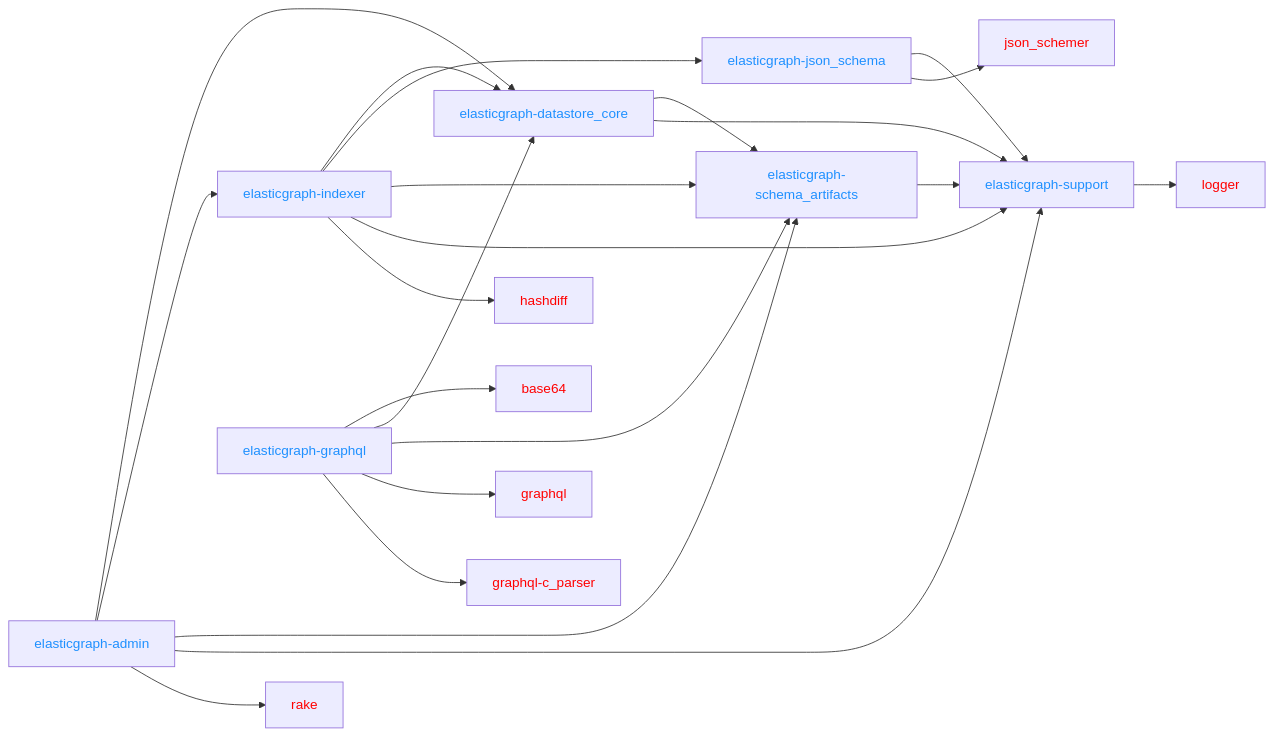
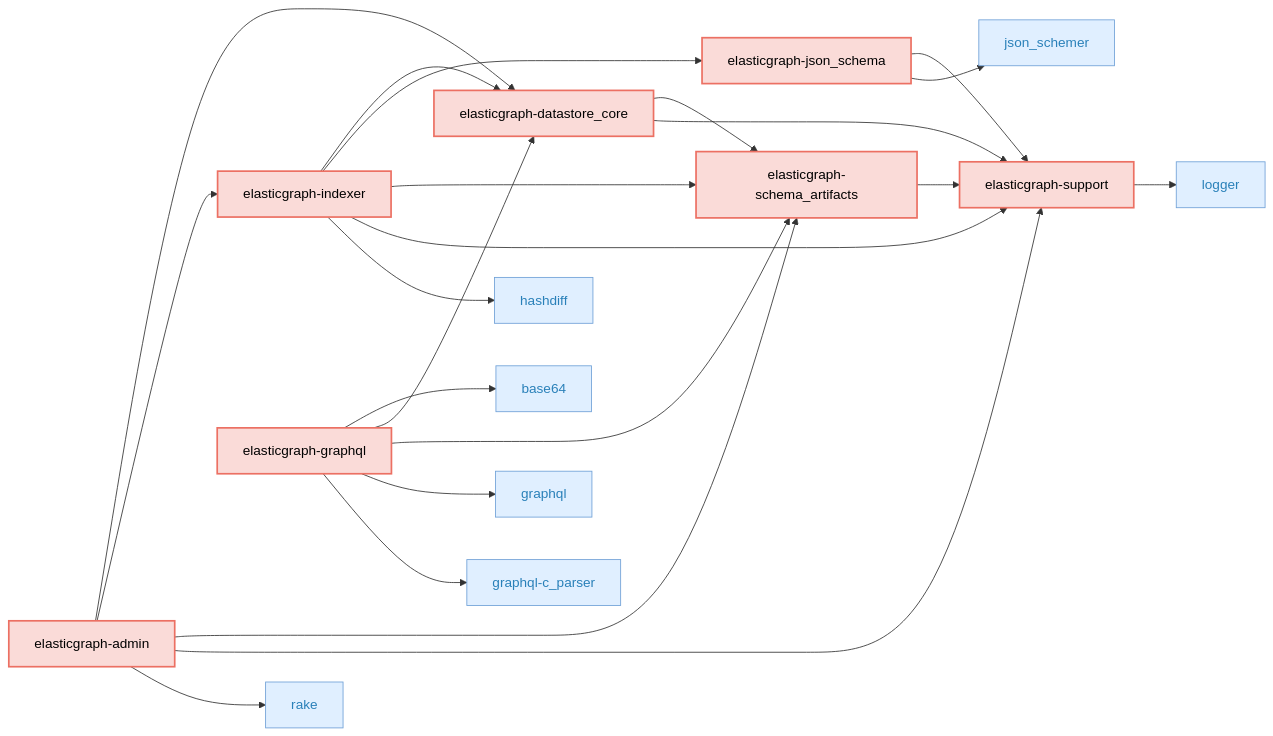
Before and after one commit to ciaran51/elasticgraph: the first of 5 diagrams in CODEBASE_OVERVIEW.md, drawn with Mermaid. The commit also changed other lines of this file and 48 other files, not shown here.

First line of the commit message:
Maintain a dependency diagram on each gem README. (#620)

````diff
--- a/CODEBASE_OVERVIEW.md
+++ b/CODEBASE_OVERVIEW.md
@@ -21,31 +21,62 @@
 ```mermaid
 graph LR;
-    elasticgraph-admin --> elasticgraph-datastore_core & elasticgraph-indexer & elasticgraph-schema_artifacts & elasticgraph-support & rake
-    elasticgraph-datastore_core --> elasticgraph-schema_artifacts & elasticgraph-support
-    elasticgraph-graphql --> base64 & elasticgraph-datastore_core & elasticgraph-schema_artifacts & graphql & graphql-c_parser
-    elasticgraph-indexer --> elasticgraph-datastore_core & elasticgraph-json_schema & elasticgraph-schema_artifacts & elasticgraph-support & hashdiff
-    elasticgraph-json_schema --> elasticgraph-support & json_schemer
-    elasticgraph-schema_artifacts --> elasticgraph-support
-    elasticgraph-support --> logger
-    style elasticgraph-admin color: DodgerBlue;
-    style elasticgraph-datastore_core color: DodgerBlue;
-    style elasticgraph-graphql color: DodgerBlue;
-    style elasticgraph-indexer color: DodgerBlue;
-    style elasticgraph-json_schema color: DodgerBlue;
-    style elasticgraph-schema_artifacts color: DodgerBlue;
-    style elasticgraph-support color: DodgerBlue;
-    style rake color: Red;
-    style base64 color: Red;
-    style graphql color: Red;
-    style graphql-c_parser color: Red;
-    style hashdiff color: Red;
-    style json_schemer color: Red;
-    style logger color: Red;
-click base64 href "https://rubygems.org/gems/base64"
-click graphql href "https://rubygems.org/gems/graphql"
-click graphql-c_parser href "https://rubygems.org/gems/graphql-c_parser"
-click hashdiff href "https://rubygems.org/gems/hashdiff"
-click json_schemer href "https://rubygems.org/gems/json_schemer"
-click logger href "https://rubygems.org/gems/logger"
-click rake href "https://rubygems.org/gems/rake"
+    classDef targetGemStyle fill:#FADBD8,stroke:#EC7063,color:#000,stroke-width:2px;
+    classDef otherEgGemStyle fill:#A9DFBF,stroke:#2ECC71,color:#000;
+    classDef externalGemCatStyle fill:#E0EFFF,stroke:#70A1D7,color:#2980B9;
+    elasticgraph-admin["elasticgraph-admin"];
+    elasticgraph-datastore_core["elasticgraph-datastore_core"];
+    elasticgraph-indexer["elasticgraph-indexer"];
+    elasticgraph-schema_artifacts["elasticgraph-schema_artifacts"];
+    elasticgraph-support["elasticgraph-support"];
+    rake["rake"];
+    elasticgraph-graphql["elasticgraph-graphql"];
+    base64["base64"];
+    graphql["graphql"];
+    graphql-c_parser["graphql-c_parser"];
+    elasticgraph-json_schema["elasticgraph-json_schema"];
+    hashdiff["hashdiff"];
+    json_schemer["json_schemer"];
+    logger["logger"];
+    elasticgraph-admin --> elasticgraph-datastore_core;
+    elasticgraph-admin --> elasticgraph-indexer;
+    elasticgraph-admin --> elasticgraph-schema_artifacts;
+    elasticgraph-admin --> elasticgraph-support;
+    elasticgraph-admin --> rake;
+    elasticgraph-datastore_core --> elasticgraph-schema_artifacts;
+    elasticgraph-datastore_core --> elasticgraph-support;
+    elasticgraph-graphql --> base64;
+    elasticgraph-graphql --> elasticgraph-datastore_core;
+    elasticgraph-graphql --> elasticgraph-schema_artifacts;
+    elasticgraph-graphql --> graphql;
+    elasticgraph-graphql --> graphql-c_parser;
+    elasticgraph-indexer --> elasticgraph-datastore_core;
+    elasticgraph-indexer --> elasticgraph-json_schema;
+    elasticgraph-indexer --> elasticgraph-schema_artifacts;
+    elasticgraph-indexer --> elasticgraph-support;
+    elasticgraph-indexer --> hashdiff;
+    elasticgraph-json_schema --> elasticgraph-support;
+    elasticgraph-json_schema --> json_schemer;
+    elasticgraph-schema_artifacts --> elasticgraph-support;
+    elasticgraph-support --> logger;
+    class elasticgraph-admin targetGemStyle;
+    class elasticgraph-datastore_core targetGemStyle;
+    class elasticgraph-indexer targetGemStyle;
+    class elasticgraph-schema_artifacts targetGemStyle;
+    class elasticgraph-support targetGemStyle;
+    class rake externalGemCatStyle;
+    class elasticgraph-graphql targetGemStyle;
+    class base64 externalGemCatStyle;
+    class graphql externalGemCatStyle;
+    class graphql-c_parser externalGemCatStyle;
+    class elasticgraph-json_schema targetGemStyle;
+    class hashdiff externalGemCatStyle;
+    class json_schemer externalGemCatStyle;
+    class logger externalGemCatStyle;
+    click rake href "https://rubygems.org/gems/rake" "Open on RubyGems.org" _blank;
+    click base64 href "https://rubygems.org/gems/base64" "Open on RubyGems.org" _blank;
+    click graphql href "https://rubygems.org/gems/graphql" "Open on RubyGems.org" _blank;
+    click graphql-c_parser href "https://rubygems.org/gems/graphql-c_parser" "Open on RubyGems.org" _blank;
+    click hashdiff href "https://rubygems.org/gems/hashdiff" "Open on RubyGems.org" _blank;
+    click json_schemer href "https://rubygems.org/gems/json_schemer" "Open on RubyGems.org" _blank;
+    click logger href "https://rubygems.org/gems/logger" "Open on RubyGems.org" _blank;
 ```
````
